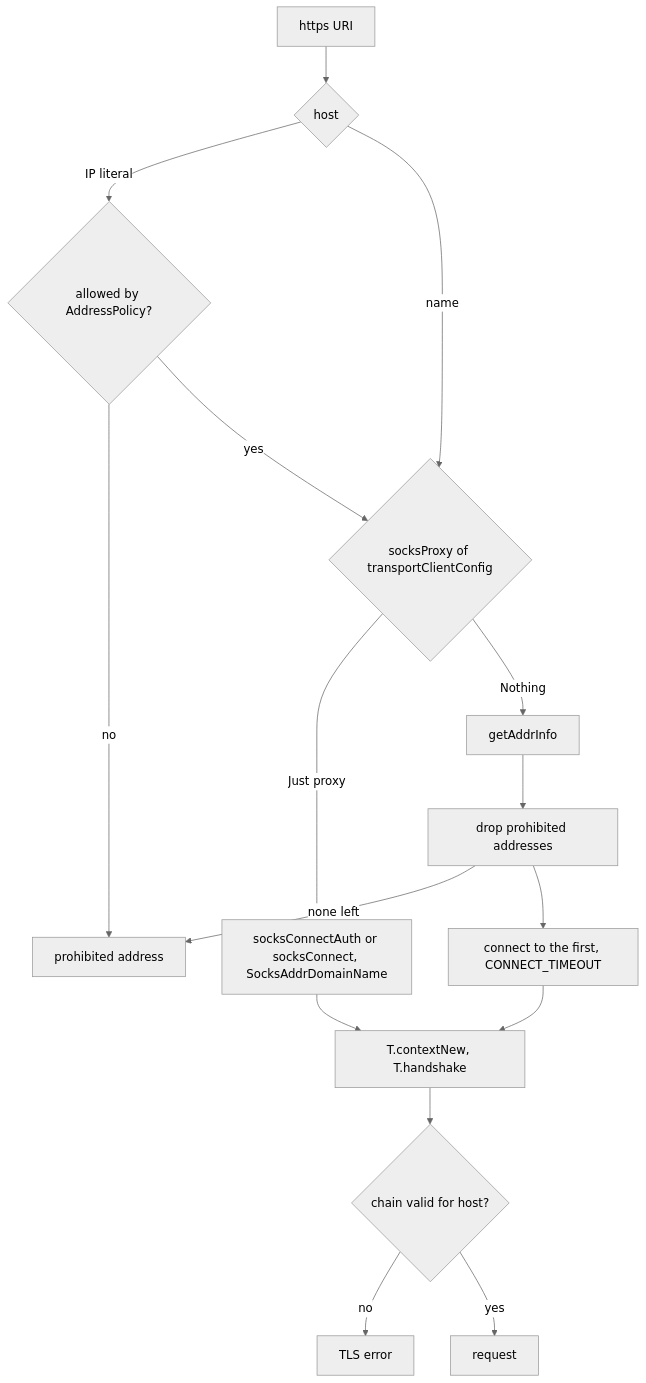
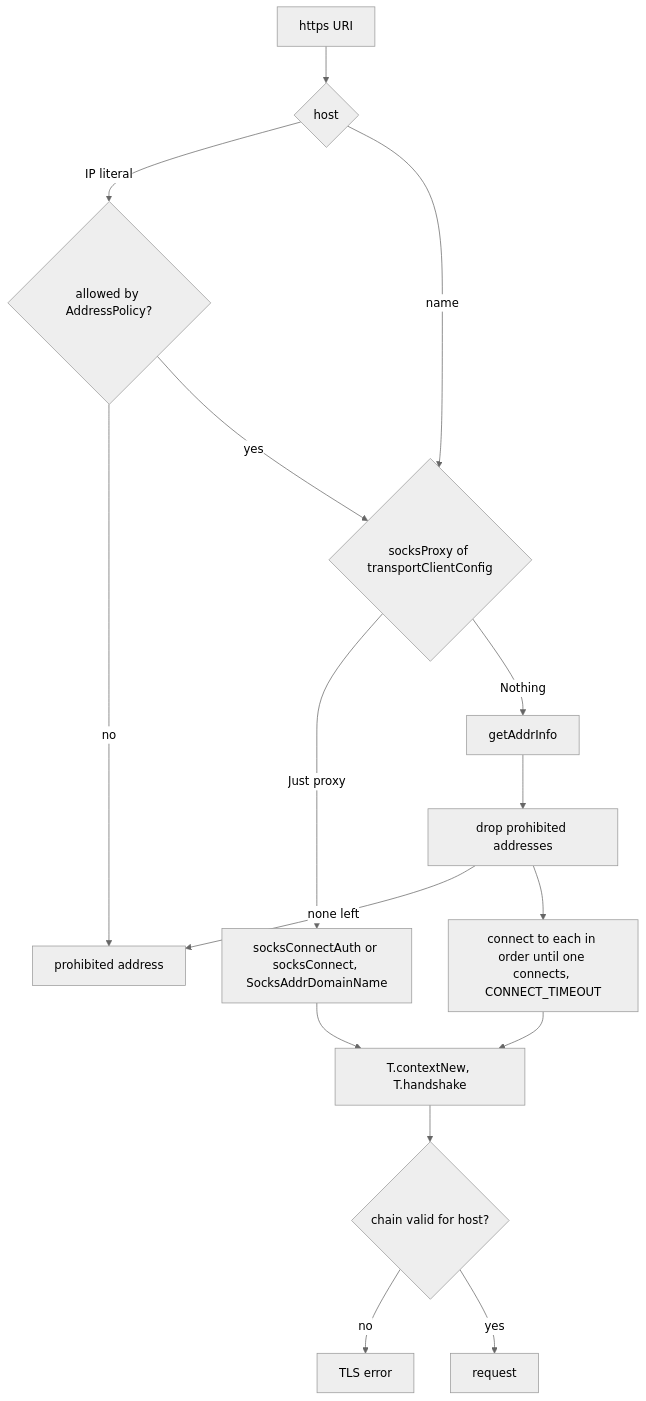
One commit to simplex-chat/simplex-chat changed the fourth of 7 diagrams in plans/2026-11-21-link-previews-core.md. Above: the diagram before and after it, drawn with Mermaid (neutral theme). The commit also changed other lines of this file, not shown here.

````diff
--- a/plans/2026-11-21-link-previews-core.md
+++ b/plans/2026-11-21-link-previews-core.md
@@ -184,18 +189,18 @@
 ```mermaid
 flowchart TD
   U["https URI"] --> H{"host"}
   H -->|"IP literal"| L{"allowed by AddressPolicy?"}
   L -->|no| X["prohibited address"]
   H -->|"name"| S
   L -->|yes| S{"socksProxy of transportClientConfig"}
   S -->|"Just proxy"| SP["socksConnectAuth or socksConnect, SocksAddrDomainName"]
   S -->|"Nothing"| D["getAddrInfo"]
   D --> F["drop prohibited addresses"]
   F -->|none left| X
-  F --> TC["connect to the first, CONNECT_TIMEOUT"]
+  F --> TC["connect to each in order until one connects, CONNECT_TIMEOUT"]
   SP --> TLS["T.contextNew, T.handshake"]
   TC --> TLS
   TLS --> V{"chain valid for host?"}
   V -->|no| E["TLS error"]
   V -->|yes| R["request"]
 ```
````
